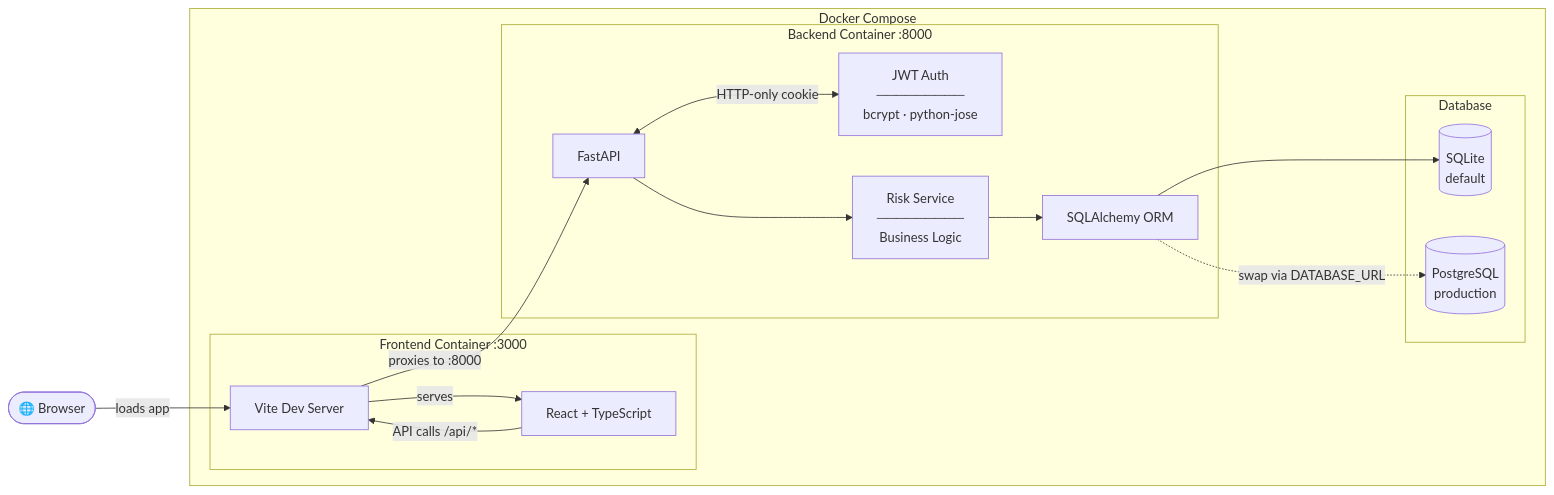
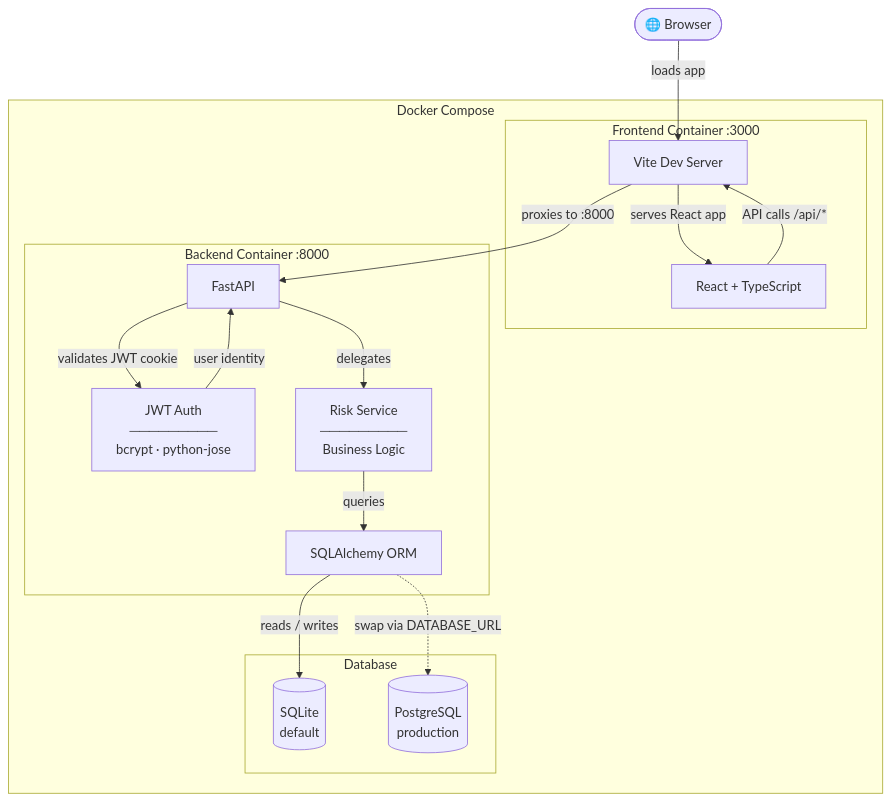
Before and after one commit to smoore0927/Firewatch: the diagram in README.md, drawn with Mermaid. The commit also changed other lines of this file, not shown here.

Commit message:
Updating the readme for minor feature enhancements and reworking the diagram (#5)

````diff
--- a/README.md
+++ b/README.md
@@ -17,33 +18,34 @@
 ```mermaid
-graph LR
+graph TD
     Browser([🌐 Browser])
 
     subgraph Docker Compose
         subgraph fe[" Frontend Container  :3000 "]
             Vite["Vite Dev Server"]
             React["React + TypeScript"]
         end
 
         subgraph be[" Backend Container  :8000 "]
             FastAPI["FastAPI"]
             Auth["JWT Auth\n─────────\nbcrypt · python-jose"]
             Logic["Risk Service\n─────────\nBusiness Logic"]
             ORM["SQLAlchemy ORM"]
         end
 
         subgraph db[" Database "]
             SQLite[("SQLite\ndefault")]
             PG[("PostgreSQL\nproduction")]
         end
     end
 
     Browser -->|"loads app"| Vite
-    Vite -->|"serves"| React
-    React -->|"API calls  /api/*"| Vite
+    Vite -->|"serves React app"| React
+    React -->|"API calls /api/*"| Vite
     Vite -->|"proxies to :8000"| FastAPI
-    FastAPI <-->|"HTTP-only cookie"| Auth
-    FastAPI --> Logic
-    Logic --> ORM
-    ORM --> SQLite
+    FastAPI -->|"validates JWT cookie"| Auth
+    Auth -->|"user identity"| FastAPI
+    FastAPI -->|"delegates"| Logic
+    Logic -->|"queries"| ORM
+    ORM -->|"reads / writes"| SQLite
     ORM -.->|"swap via DATABASE_URL"| PG
 ```
````
